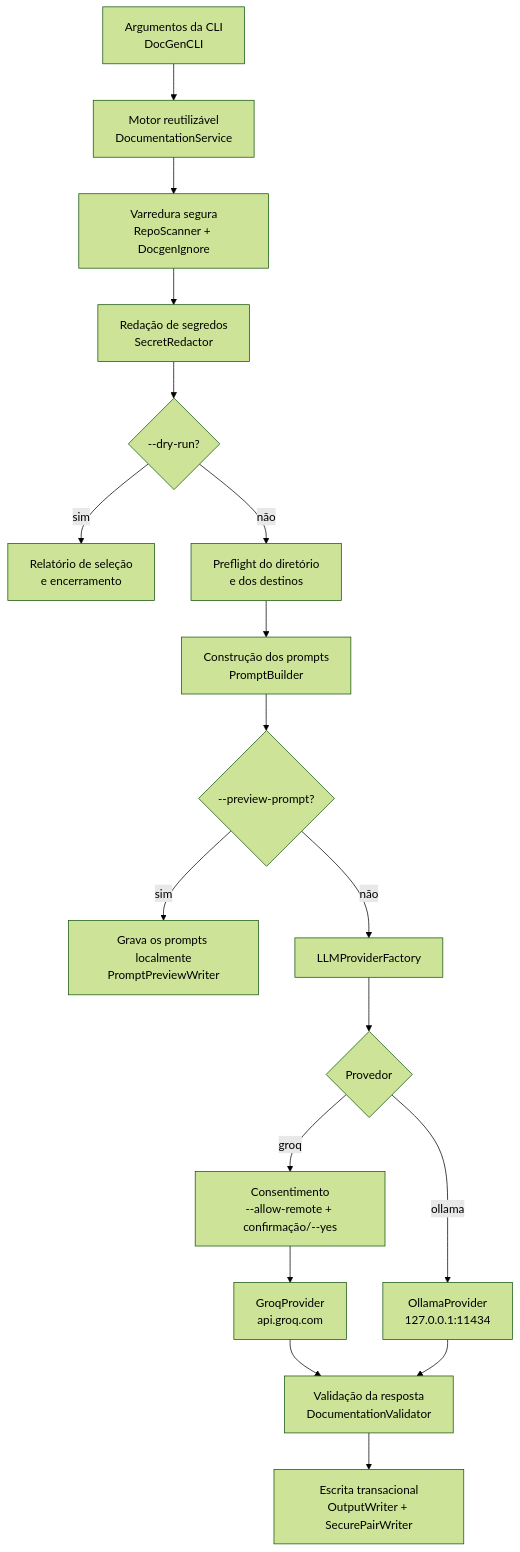
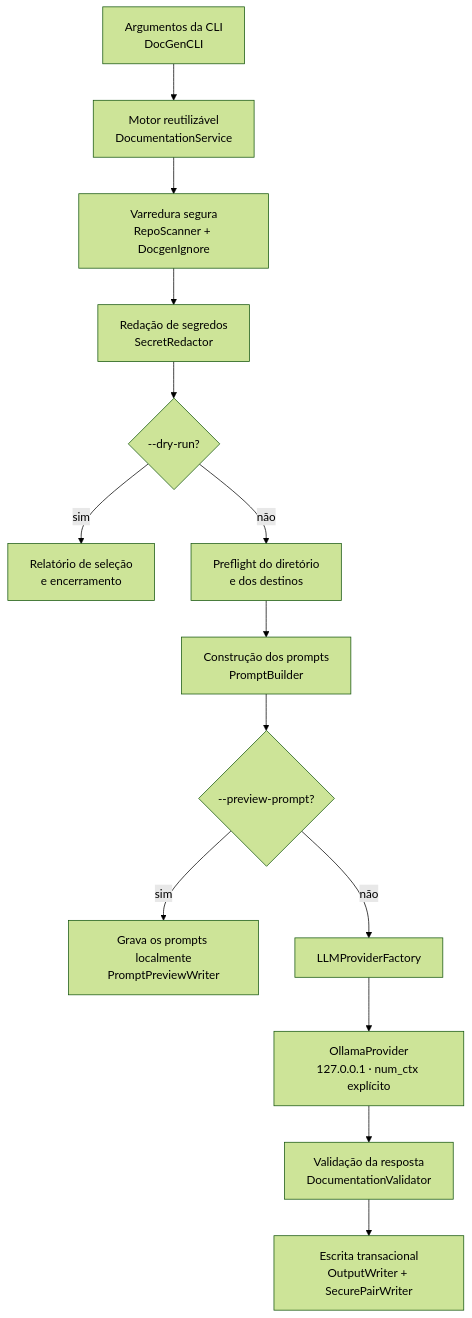
One commit to brunocorreia-dev/Docgen changed the diagram in README.md. Above: the diagram before and after it, drawn with Mermaid (forest theme). The commit also changed other lines of this file and 4 other files, not shown here.

````diff
--- a/README.md
+++ b/README.md
@@ -153,20 +153,16 @@
 ```mermaid
 flowchart TD
     A["Argumentos da CLI<br/>DocGenCLI"] --> S["Motor reutilizável<br/>DocumentationService"]
     S --> B["Varredura segura<br/>RepoScanner + DocgenIgnore"]
     B --> C["Redação de segredos<br/>SecretRedactor"]
     C --> D{"--dry-run?"}
     D -- sim --> D1["Relatório de seleção<br/>e encerramento"]
     D -- não --> E["Preflight do diretório<br/>e dos destinos"]
     E --> F["Construção dos prompts<br/>PromptBuilder"]
     F --> G{"--preview-prompt?"}
     G -- sim --> G1["Grava os prompts localmente<br/>PromptPreviewWriter"]
     G -- não --> H["LLMProviderFactory"]
-    H --> I{"Provedor"}
-    I -- groq --> J["Consentimento<br/>--allow-remote + confirmação/--yes"]
-    J --> K["GroqProvider<br/>api.groq.com"]
-    I -- ollama --> L["OllamaProvider<br/>127.0.0.1:11434"]
-    K --> M["Validação da resposta<br/>DocumentationValidator"]
-    L --> M
+    H --> L["OllamaProvider<br/>127.0.0.1 · num_ctx explícito"]
+    L --> M["Validação da resposta<br/>DocumentationValidator"]
     M --> N["Escrita transacional<br/>OutputWriter + SecurePairWriter"]
 ```
````
